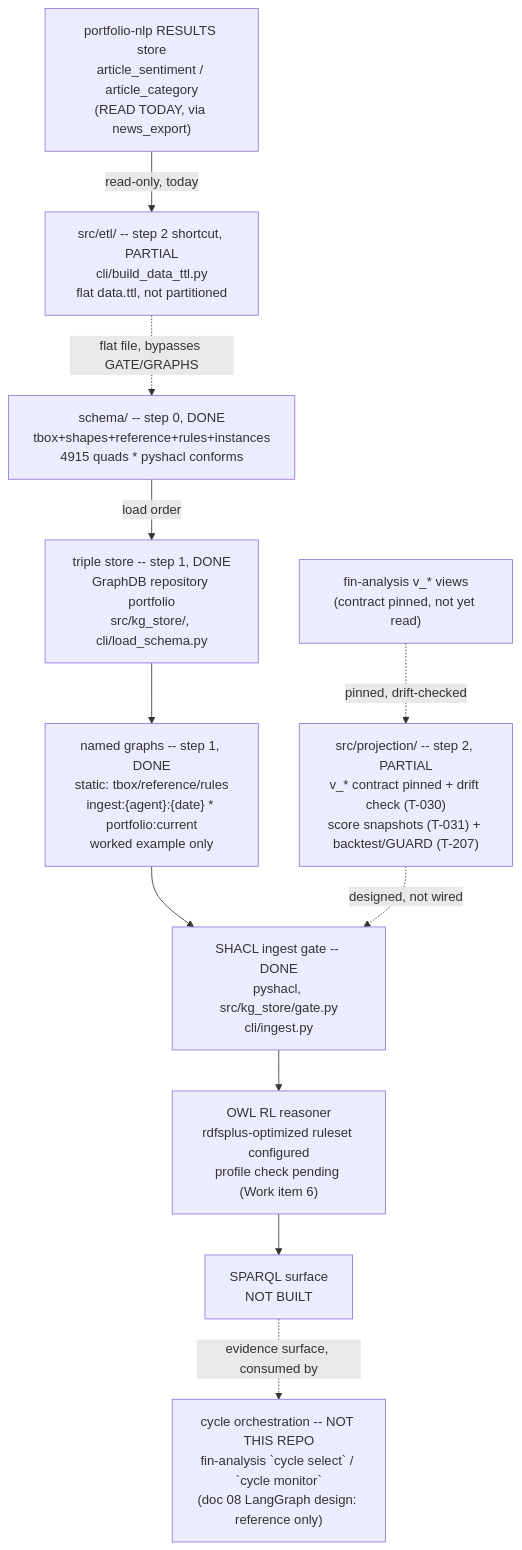
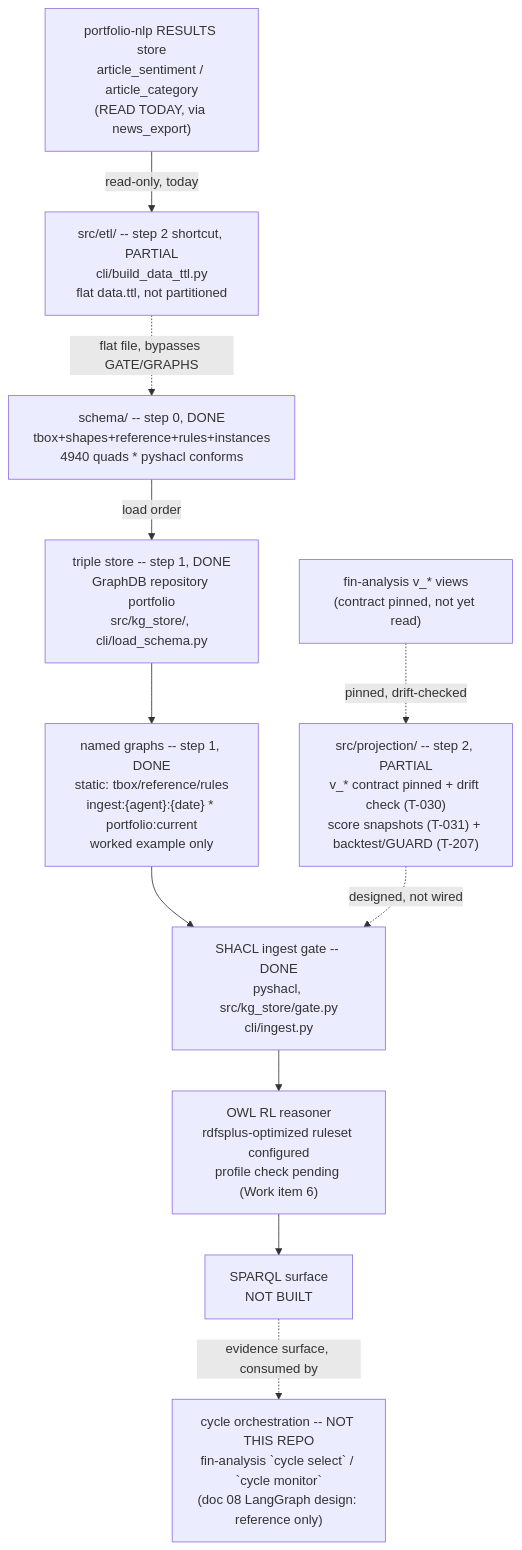
Before and after one commit to gamug/portfolio-knowledge-graph: the diagram in .specify/memory/SPEC.md, drawn with Mermaid. The commit also changed other lines of this file and 24 other files, not shown here.

````diff
--- a/.specify/memory/SPEC.md
+++ b/.specify/memory/SPEC.md
@@ -1027,22 +1027,22 @@
 ```mermaid
 flowchart TB
-    SCHEMA["schema/ -- step 0, DONE<br/>tbox+shapes+reference+rules+instances<br/>4915 quads * pyshacl conforms"]
+    SCHEMA["schema/ -- step 0, DONE<br/>tbox+shapes+reference+rules+instances<br/>4940 quads * pyshacl conforms"]
     STORE["triple store -- step 1, DONE<br/>GraphDB repository portfolio<br/>src/kg_store/, cli/load_schema.py"]
     GRAPHS["named graphs -- step 1, DONE<br/>static: tbox/reference/rules<br/>ingest:{agent}:{date} * portfolio:current<br/>worked example only"]
     GATE["SHACL ingest gate -- DONE<br/>pyshacl, src/kg_store/gate.py<br/>cli/ingest.py"]
     PROJ["src/projection/ -- step 2, PARTIAL<br/>v_* contract pinned + drift check (T-030)<br/>score snapshots (T-031) + backtest/GUARD (T-207)"]
     FIN["fin-analysis v_* views<br/>(contract pinned, not yet read)"]
     NLPRES["portfolio-nlp RESULTS store<br/>article_sentiment / article_category<br/>(READ TODAY, via news_export)"]
     ETL["src/etl/ -- step 2 shortcut, PARTIAL<br/>cli/build_data_ttl.py<br/>flat data.ttl, not partitioned"]
     REASON["OWL RL reasoner<br/>rdfsplus-optimized ruleset configured<br/>profile check pending (Work item 6)"]
     SPARQL["SPARQL surface<br/>NOT BUILT"]
     AGENTS["cycle orchestration -- NOT THIS REPO<br/>fin-analysis `cycle select` / `cycle monitor`<br/>(doc 08 LangGraph design: reference only)"]
 
     SCHEMA -->|load order| STORE --> GRAPHS --> GATE
     FIN -.->|pinned, drift-checked| PROJ
     PROJ -.->|designed, not wired| GATE
     NLPRES -->|read-only, today| ETL
     ETL -.->|flat file, bypasses GATE/GRAPHS| SCHEMA
     GATE --> REASON --> SPARQL
     SPARQL -.->|evidence surface, consumed by| AGENTS
 ```
````
